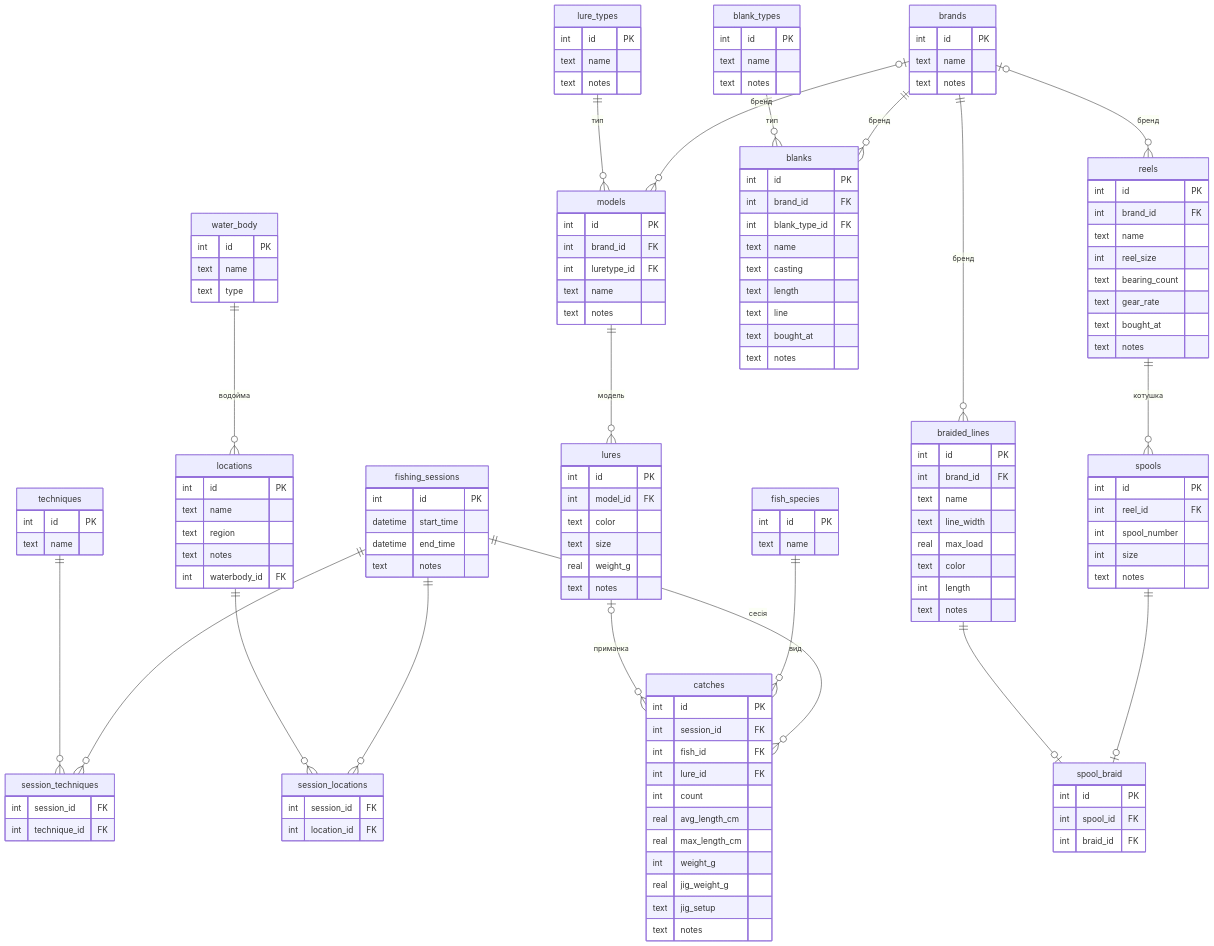
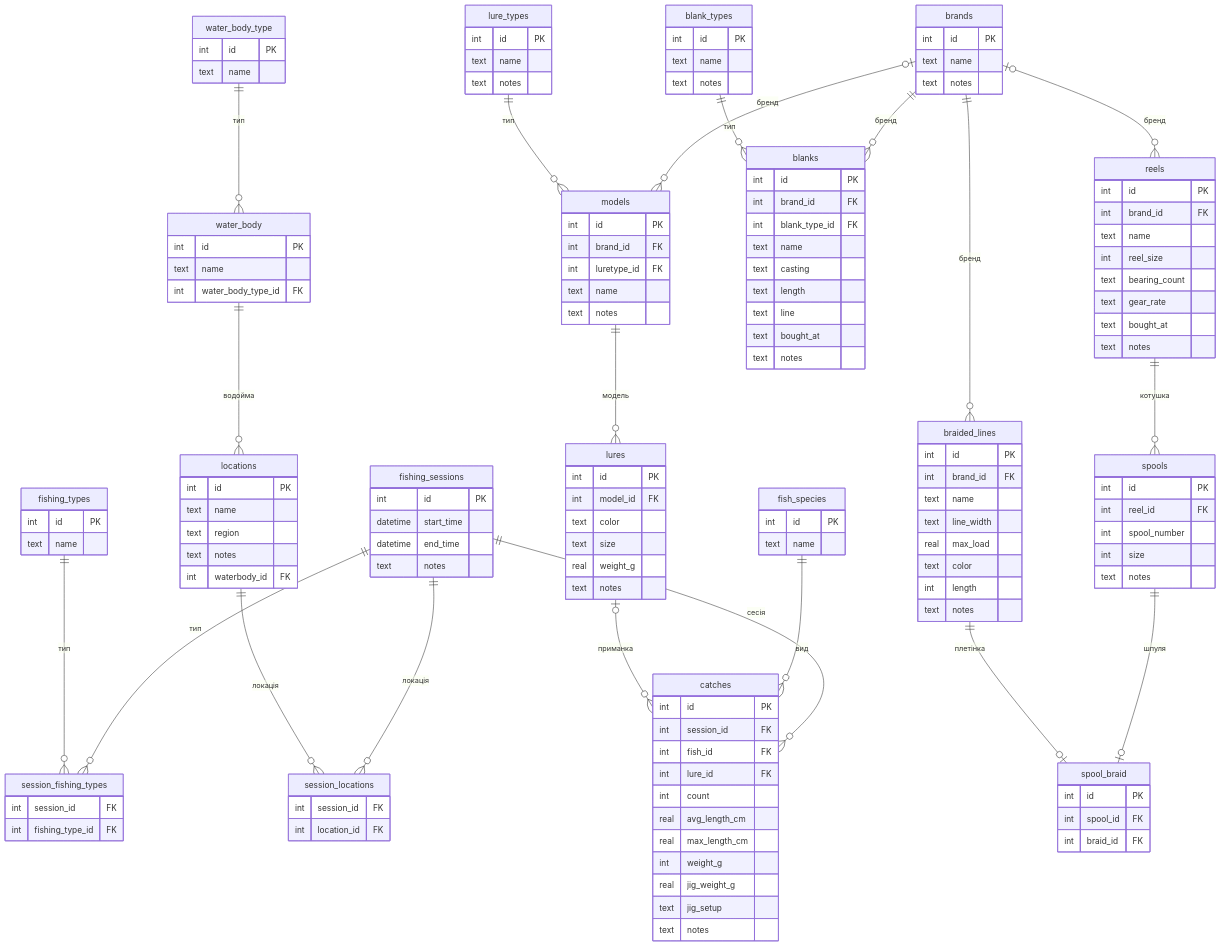
One commit to Dima-F/perch changed the diagram in docs/schema.md. Above: the diagram before and after it, drawn with Mermaid. The commit also changed 15 other files, not shown here.

````diff
--- a/docs/schema.md
+++ b/docs/schema.md
@@ -3,9 +3,13 @@
 ```mermaid
 erDiagram
+    water_body_type {
+        int id PK
+        text name
+    }
     water_body {
         int id PK
         text name
-        text type
+        int water_body_type_id FK
     }
     locations {
         int id PK
@@ -14,7 +18,7 @@
         text notes
         int waterbody_id FK
     }
-    techniques {
+    fishing_types {
         int id PK
         text name
     }
@@ -53,9 +57,9 @@
         datetime end_time
         text notes
     }
-    session_techniques {
+    session_fishing_types {
         int session_id FK
-        int technique_id FK
+        int fishing_type_id FK
     }
     session_locations {
         int session_id FK
@@ -123,14 +127,15 @@
         int braid_id FK
     }
 
-    water_body    ||--o{ locations         : "водойма"
+    water_body_type ||--o{ water_body       : "тип"
+    water_body      ||--o{ locations        : "водойма"
     brands        |o--o{ models            : "бренд"
     lure_types    ||--o{ models            : "тип"
     models        ||--o{ lures             : "модель"
-    fishing_sessions ||--o{ session_techniques : ""
-    techniques       ||--o{ session_techniques : ""
-    fishing_sessions ||--o{ session_locations  : ""
-    locations        ||--o{ session_locations  : ""
+    fishing_sessions ||--o{ session_fishing_types : "тип"
+    fishing_types    ||--o{ session_fishing_types : "тип"
+    fishing_sessions ||--o{ session_locations  : "локація"
+    locations        ||--o{ session_locations  : "локація"
     fishing_sessions ||--o{ catches         : "сесія"
     fish_species     ||--o{ catches         : "вид"
     lures            |o--o{ catches         : "приманка"
@@ -139,6 +144,6 @@
     brands        |o--o{ reels              : "бренд"
     brands        ||--o{ braided_lines      : "бренд"
     reels         ||--o{ spools             : "котушка"
-    spools        ||--o| spool_braid        : ""
-    braided_lines ||--o| spool_braid        : ""
+    spools        ||--o| spool_braid        : "шпуля"
+    braided_lines ||--o| spool_braid        : "плетінка"
 ```
````
